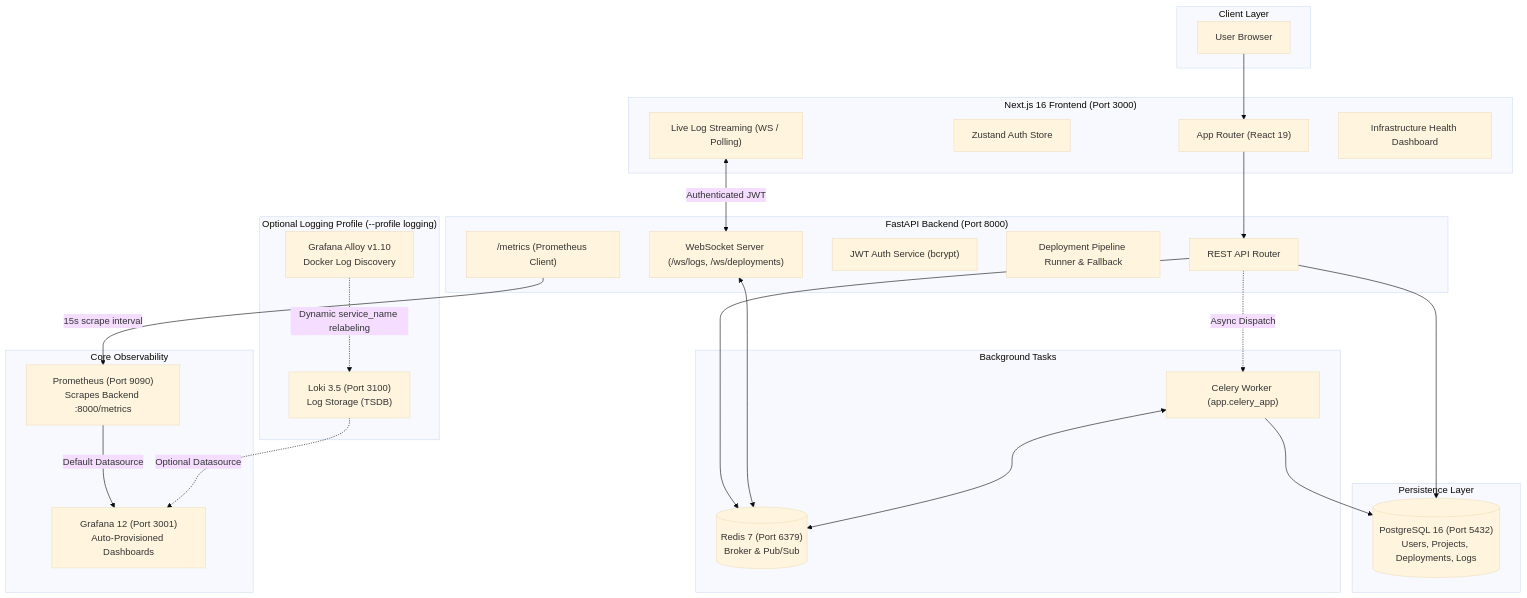
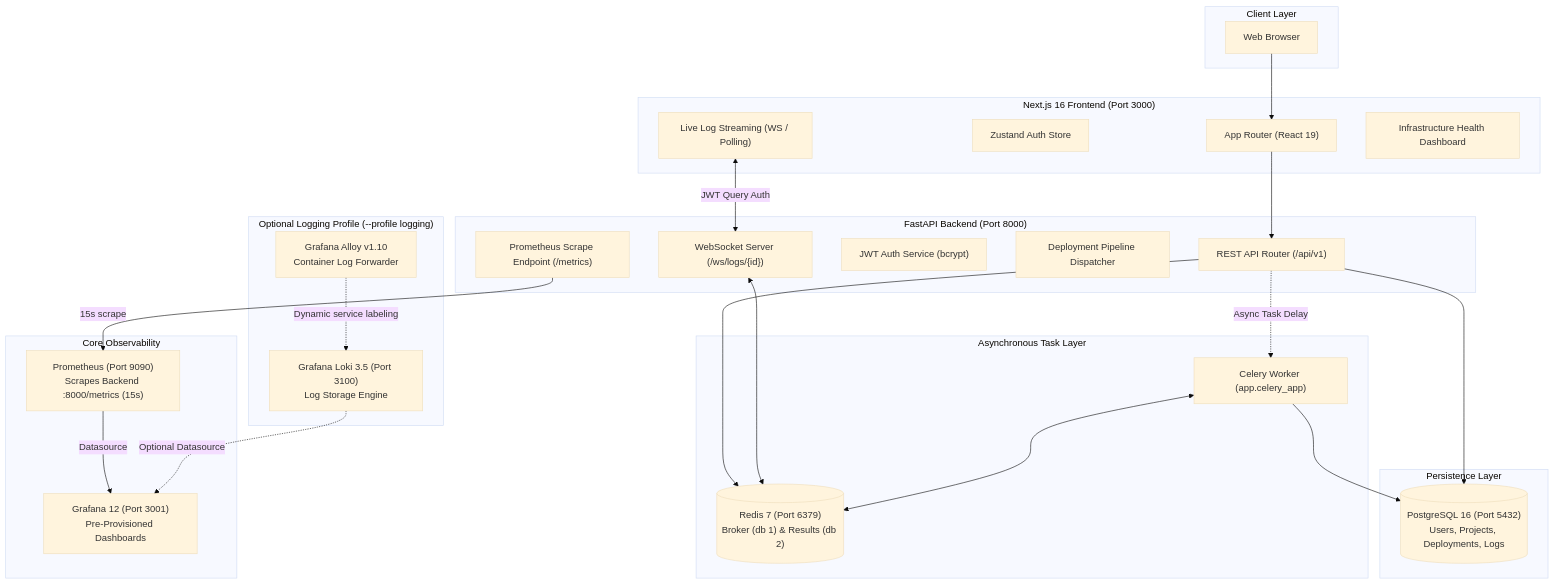
The diagram in README.md (satviashwin369-creator/StackForge), drawn with Mermaid (base theme) before and after one commit. The commit also changed other lines of this file and 4 other files, not shown here.

Commit message:
docs: finalize README, project log, and architecture documentation

````diff
--- a/README.md
+++ b/README.md
@@ -48,55 +41,55 @@
 ```mermaid
 flowchart TD
     subgraph Client ["Client Layer"]
-        Browser["User Browser"]
+        Browser["Web Browser"]
     end
 
     subgraph Frontend ["Next.js 16 Frontend (Port 3000)"]
         UI["App Router (React 19)"]
         Zustand["Zustand Auth Store"]
         LogViewer["Live Log Streaming (WS / Polling)"]
         InfraView["Infrastructure Health Dashboard"]
     end
 
     subgraph Backend ["FastAPI Backend (Port 8000)"]
-        API["REST API Router"]
-        WS["WebSocket Server (/ws/logs, /ws/deployments)"]
+        API["REST API Router (/api/v1)"]
+        WS["WebSocket Server (/ws/logs/{id})"]
         AuthSvc["JWT Auth Service (bcrypt)"]
-        DepSvc["Deployment Pipeline Runner & Fallback"]
-        MetricsEp["/metrics (Prometheus Client)"]
+        DepSvc["Deployment Pipeline Dispatcher"]
+        MetricsEp["Prometheus Scrape Endpoint (/metrics)"]
     end
 
-    subgraph Async ["Background Tasks"]
+    subgraph Async ["Asynchronous Task Layer"]
         Worker["Celery Worker (app.celery_app)"]
-        Redis[("Redis 7 (Port 6379)\nBroker & Pub/Sub")]
+        Redis[("Redis 7 (Port 6379)\nBroker (db 1) & Results (db 2)")]
     end
 
     subgraph Database ["Persistence Layer"]
         Postgres[("PostgreSQL 16 (Port 5432)\nUsers, Projects, Deployments, Logs")]
     end
 
     subgraph CoreObservability ["Core Observability"]
-        Prometheus["Prometheus (Port 9090)\nScrapes Backend :8000/metrics"]
-        Grafana["Grafana 12 (Port 3001)\nAuto-Provisioned Dashboards"]
+        Prometheus["Prometheus (Port 9090)\nScrapes Backend :8000/metrics (15s)"]
+        Grafana["Grafana 12 (Port 3001)\nPre-Provisioned Dashboards"]
     end
 
     subgraph OptionalLogging ["Optional Logging Profile (--profile logging)"]
-        Loki["Loki 3.5 (Port 3100)\nLog Storage (TSDB)"]
-        Alloy["Grafana Alloy v1.10\nDocker Log Discovery"]
+        Loki["Grafana Loki 3.5 (Port 3100)\nLog Storage Engine"]
+        Alloy["Grafana Alloy v1.10\nContainer Log Forwarder"]
     end
 
     Browser --> UI
     UI --> API
-    LogViewer <-->|Authenticated JWT| WS
+    LogViewer <-->|JWT Query Auth| WS
     API --> Postgres
     API --> Redis
     WS <--> Redis
-    API -.->|Async Dispatch| Worker
+    API -.->|Async Task Delay| Worker
     Worker <--> Redis
     Worker --> Postgres
 
-    MetricsEp -->|15s scrape interval| Prometheus
-    Prometheus -->|Default Datasource| Grafana
-    Alloy -.->|Dynamic service_name relabeling| Loki
+    MetricsEp -->|15s scrape| Prometheus
+    Prometheus -->|Datasource| Grafana
+    Alloy -.->|Dynamic service labeling| Loki
     Loki -.->|Optional Datasource| Grafana
 ```
````
